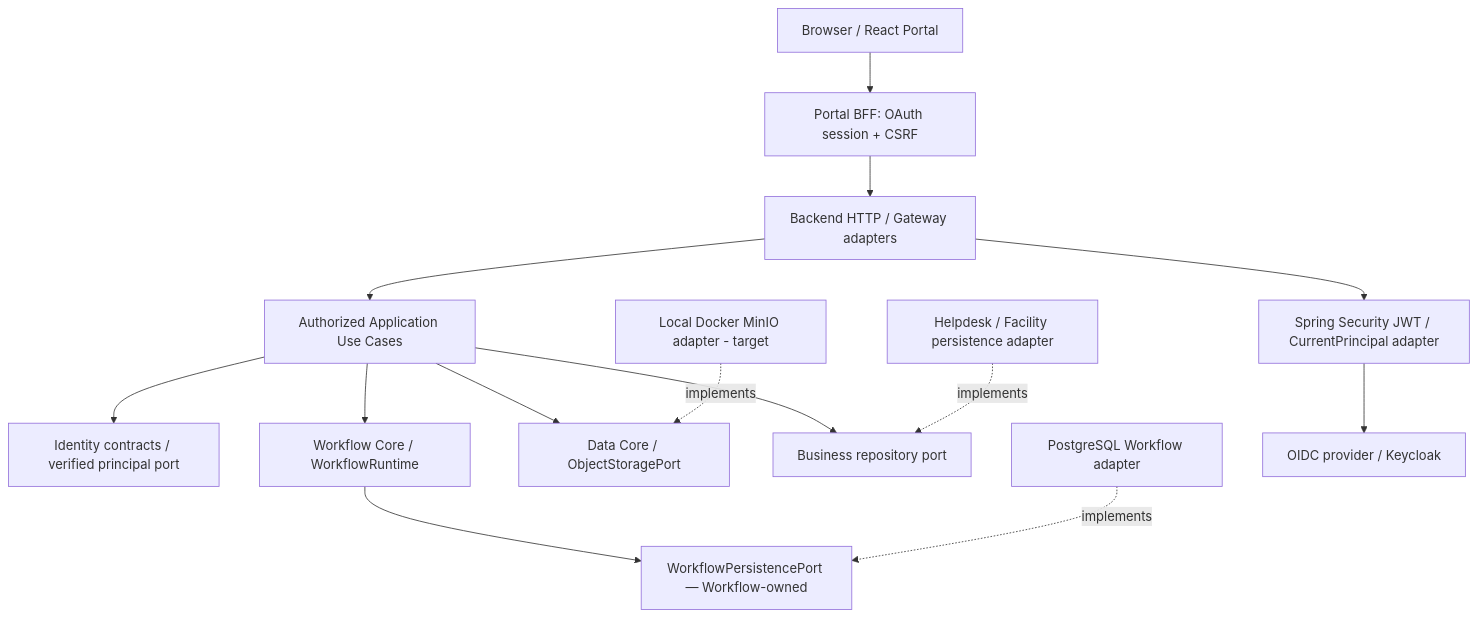
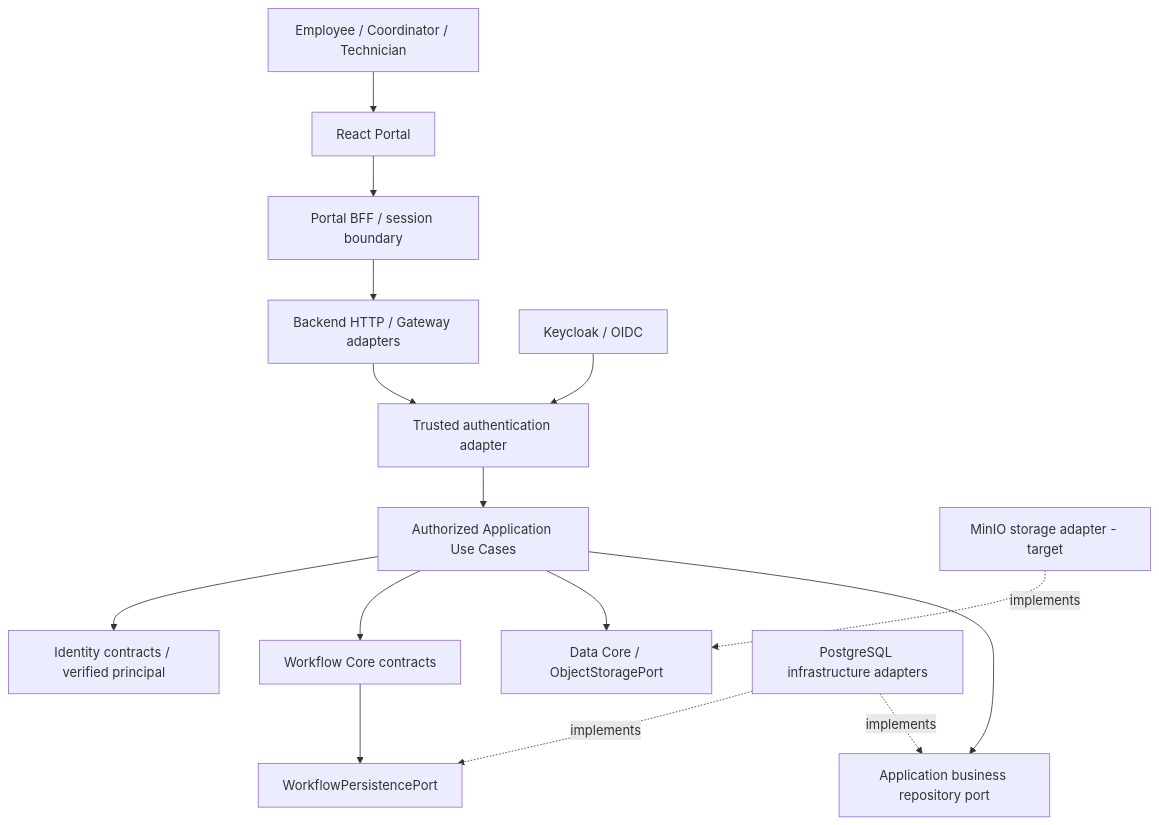
The diagram in docs/01-architecture/core-application-boundary.md (lexuanbao258-collab/dxos-open-core), drawn with Mermaid before and after one commit. The commit also changed other lines of this file and 11 other files, not shown here.

````diff
--- a/docs/01-architecture/core-application-boundary.md
+++ b/docs/01-architecture/core-application-boundary.md
@@ -32,16 +36,17 @@
 ```mermaid
-flowchart TD
-    Browser[Browser / React Portal] --> BFF[Portal BFF: OAuth session + CSRF]
-    BFF --> HTTP[Backend HTTP / Gateway adapters]
-    HTTP --> AUTH[Spring Security JWT / CurrentPrincipal adapter]
-    HTTP --> UC[Authorized Application Use Cases]
-    UC --> ID[Identity contracts / verified principal port]
-    UC --> WF[Workflow Core / WorkflowRuntime]
-    UC --> STORAGE[Data Core / ObjectStoragePort]
-    UC --> BR[Business repository port]
-    WF --> WPORT[WorkflowPersistencePort — Workflow-owned]
-    WDB[PostgreSQL Workflow adapter] -. implements .-> WPORT
-    MinIO[Local Docker MinIO adapter - target] -. implements .-> STORAGE
-    BDB[Helpdesk / Facility persistence adapter] -. implements .-> BR
-    AUTH --> OIDC[OIDC provider / Keycloak]
+flowchart TB
+  User[Employee / Coordinator / Technician] --> Portal[React Portal]
+  Portal --> BFF[Portal BFF / session boundary]
+  BFF --> Http[Backend HTTP / Gateway adapters]
+  IdP[Keycloak / OIDC] --> Auth[Trusted authentication adapter]
+  Http --> Auth
+  Auth --> UC[Authorized Application Use Cases]
+  UC --> ID[Identity contracts / verified principal]
+  UC --> WF[Workflow Core contracts]
+  UC --> DATA[Data Core / ObjectStoragePort]
+  UC --> BPORT[Application business repository port]
+  WF --> WPORT[WorkflowPersistencePort]
+  PG[PostgreSQL infrastructure adapters] -. implements .-> WPORT
+  PG -. implements .-> BPORT
+  MinIO[MinIO storage adapter - target] -. implements .-> DATA
 ```
````
